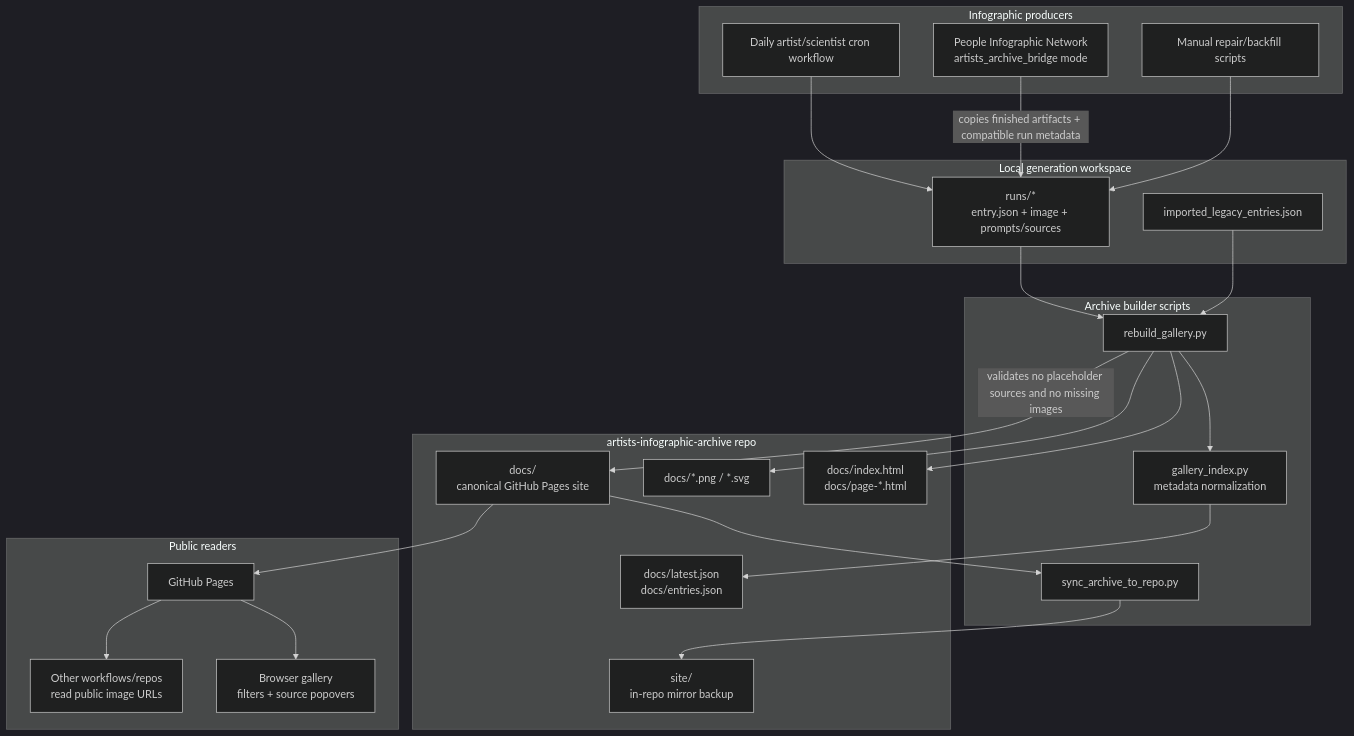
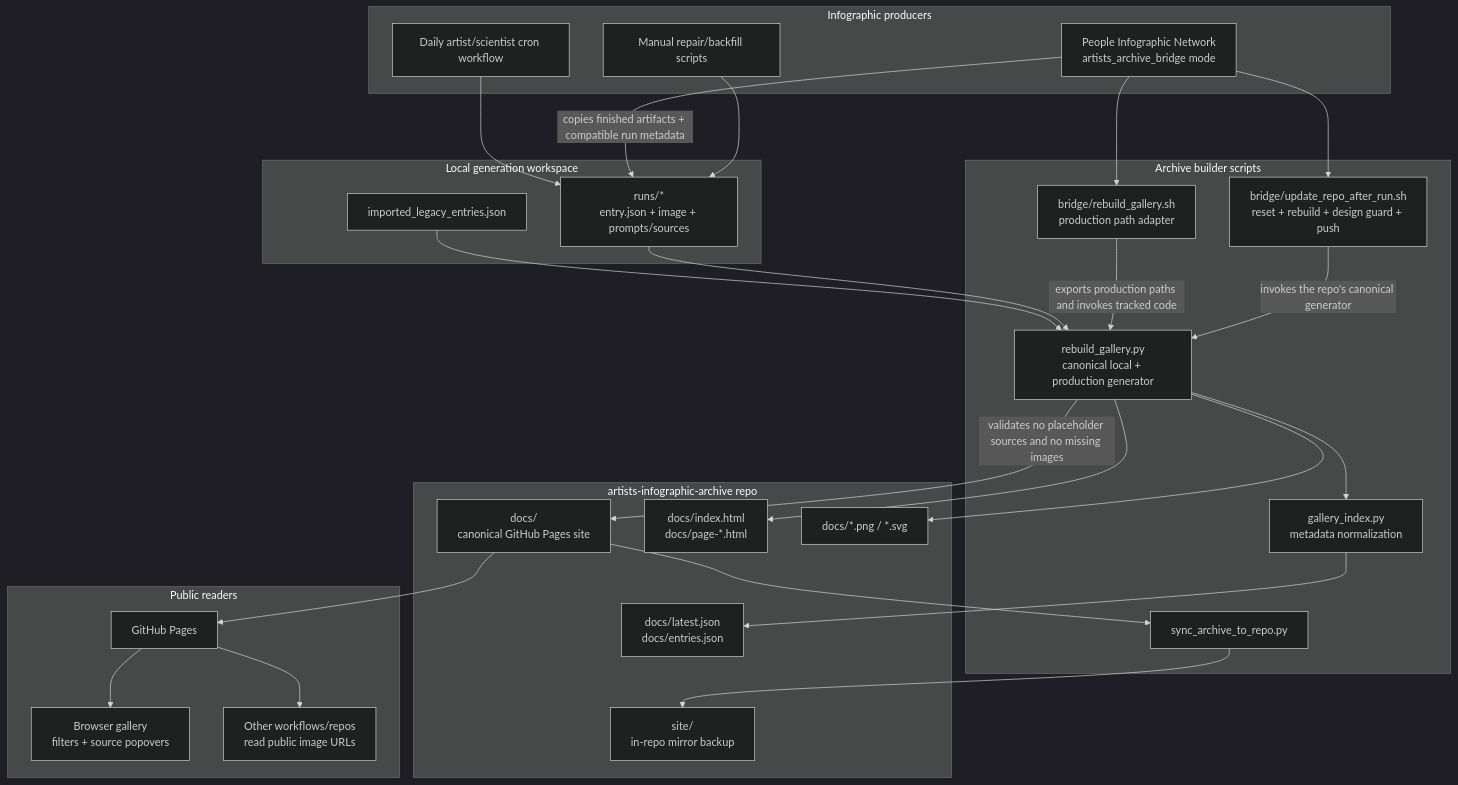
One commit to Lukafin/artists-infographic-archive changed the diagram in ARCHITECTURE.md. Above: the diagram before and after it, drawn with Mermaid (dark theme). The commit also changed other lines of this file and 49 other files, not shown here.

````diff
--- a/ARCHITECTURE.md
+++ b/ARCHITECTURE.md
@@ -7,49 +7,55 @@
 ```mermaid
 flowchart TD
     subgraph Producers["Infographic producers"]
         Cron["Daily artist/scientist cron workflow"]
         PeopleNet["People Infographic Network\nartists_archive_bridge mode"]
         Manual["Manual repair/backfill scripts"]
     end
 
     subgraph Workspace["Local generation workspace"]
         Runs["runs/*\nentry.json + image + prompts/sources"]
         Legacy["imported_legacy_entries.json"]
     end
 
     subgraph Builder["Archive builder scripts"]
-        Rebuild["rebuild_gallery.py"]
+        Rebuild["rebuild_gallery.py\ncanonical local + production generator"]
         Index["gallery_index.py\nmetadata normalization"]
+        Bridge["bridge/rebuild_gallery.sh\nproduction path adapter"]
+        Publish["bridge/update_repo_after_run.sh\nreset + rebuild + design guard + push"]
         Sync["sync_archive_to_repo.py"]
     end
 
     subgraph Repo["artists-infographic-archive repo"]
         Docs["docs/\ncanonical GitHub Pages site"]
         Site["site/\nin-repo mirror backup"]
         Metadata["docs/latest.json\ndocs/entries.json"]
         Pages["docs/index.html\ndocs/page-*.html"]
         Images["docs/*.png / *.svg"]
     end
 
     subgraph Public["Public readers"]
         GitHubPages["GitHub Pages"]
         Browser["Browser gallery\nfilters + source popovers"]
         OtherRepos["Other workflows/repos\nread public image URLs"]
     end
 
     Cron --> Runs
     PeopleNet -->|copies finished artifacts + compatible run metadata| Runs
     Manual --> Runs
     Legacy --> Rebuild
     Runs --> Rebuild
+    PeopleNet --> Bridge
+    Bridge -->|exports production paths and invokes tracked code| Rebuild
+    PeopleNet --> Publish
+    Publish -->|invokes the repo's canonical generator| Rebuild
     Rebuild --> Index
     Index --> Metadata
     Rebuild --> Pages
     Rebuild --> Images
     Rebuild -->|validates no placeholder sources and no missing images| Docs
     Docs --> Sync
     Sync --> Site
     Docs --> GitHubPages
     GitHubPages --> Browser
     GitHubPages --> OtherRepos
 ```
````
